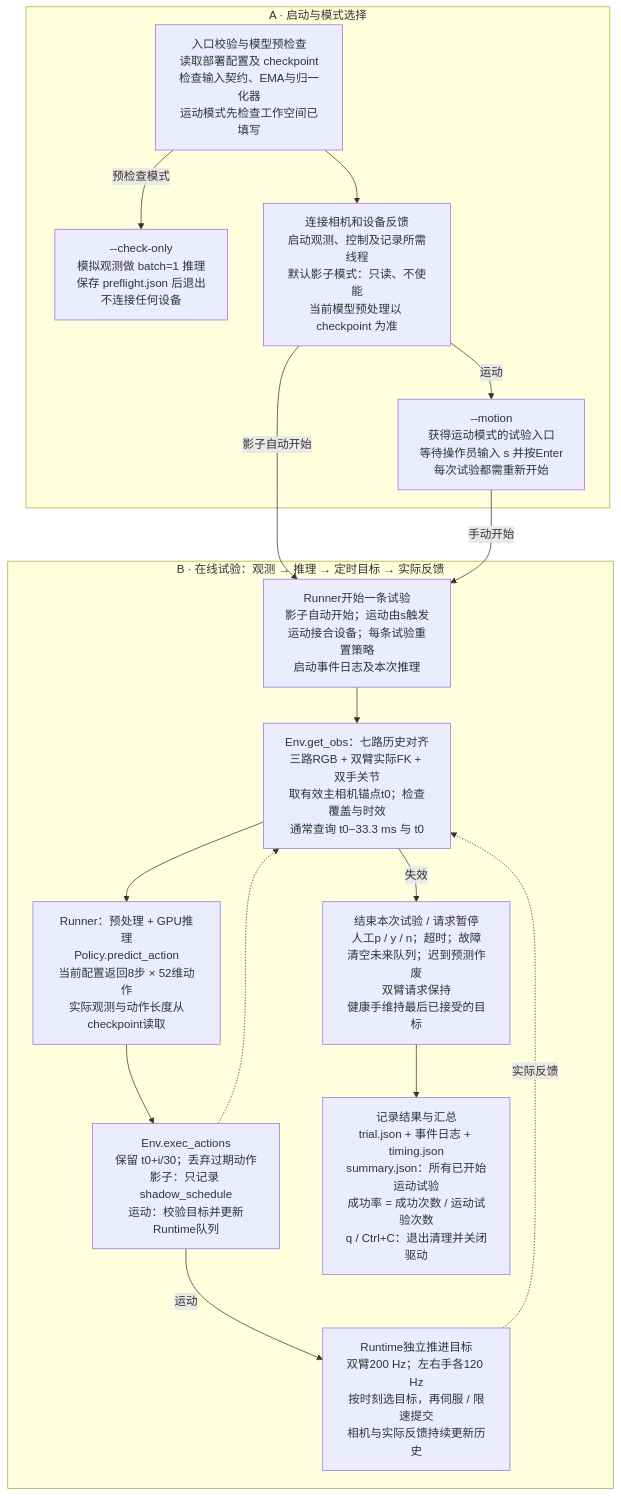
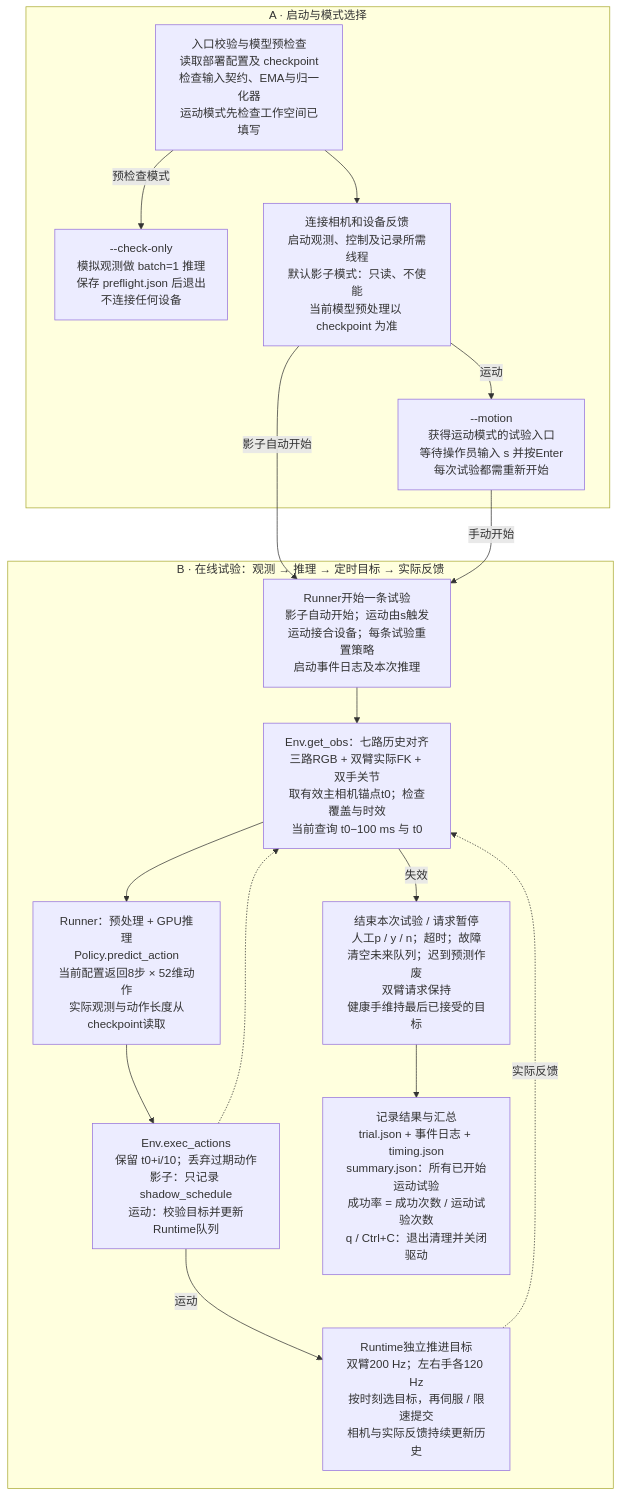
Before and after one commit to Wang-Yongsen/diffusion_policy: the diagram in docs/tianji-rail/real_eval_structure/02-flow.mmd, drawn with Mermaid. The commit also changed 23 other files, not shown here.

```diff
--- a/docs/tianji-rail/real_eval_structure/02-flow.mmd
+++ b/docs/tianji-rail/real_eval_structure/02-flow.mmd
@@ -1,30 +1,30 @@
 %% 节点、组件边界与PNG由同一份规格生成；PNG布局单独指定。
 flowchart TD
   subgraph startup["A · 启动与模式选择"]
     load["入口校验与模型预检查<br/>读取部署配置及 checkpoint<br/>检查输入契约、EMA与归一化器<br/>运动模式先检查工作空间已填写"]
     only["--check-only<br/>模拟观测做 batch=1 推理<br/>保存 preflight.json 后退出<br/>不连接任何设备"]
     connect["连接相机和设备反馈<br/>启动观测、控制及记录所需线程<br/>默认影子模式：只读、不使能<br/>当前模型预处理以 checkpoint 为准"]
     motion["--motion<br/>获得运动模式的试验入口<br/>等待操作员输入 s 并按Enter<br/>每次试验都需重新开始"]
   end
   subgraph loop["B · 在线试验：观测 → 推理 → 定时目标 → 实际反馈"]
     begin["Runner开始一条试验<br/>影子自动开始；运动由s触发<br/>运动接合设备；每条试验重置策略<br/>启动事件日志及本次推理"]
-    observe["Env.get_obs：七路历史对齐<br/>三路RGB + 双臂实际FK + 双手关节<br/>取有效主相机锚点t0；检查覆盖与时效<br/>通常查询 t0−33.3 ms 与 t0"]
+    observe["Env.get_obs：七路历史对齐<br/>三路RGB + 双臂实际FK + 双手关节<br/>取有效主相机锚点t0；检查覆盖与时效<br/>当前查询 t0−100 ms 与 t0"]
     predict["Runner：预处理 + GPU推理<br/>Policy.predict_action<br/>当前配置返回8步 × 52维动作<br/>实际观测与动作长度从checkpoint读取"]
-    schedule["Env.exec_actions<br/>保留 t0+i/30；丢弃过期动作<br/>影子：只记录 shadow_schedule<br/>运动：校验目标并更新Runtime队列"]
+    schedule["Env.exec_actions<br/>保留 t0+i/10；丢弃过期动作<br/>影子：只记录 shadow_schedule<br/>运动：校验目标并更新Runtime队列"]
     control["Runtime独立推进目标<br/>双臂200 Hz；左右手各120 Hz<br/>按时刻选目标，再伺服 / 限速提交<br/>相机与实际反馈持续更新历史"]
     stop["结束本次试验 / 请求暂停<br/>人工p / y / n；超时；故障<br/>清空未来队列；迟到预测作废<br/>双臂请求保持<br/>健康手维持最后已接受的目标"]
     save["记录结果与汇总<br/>trial.json + 事件日志 + timing.json<br/>summary.json：所有已开始运动试验<br/>成功率 = 成功次数 / 运动试验次数<br/>q / Ctrl+C：退出清理并关闭驱动"]
   end
   load -->|"预检查模式"| only
   load --> connect
   connect -->|"运动"| motion
   connect -->|"影子自动开始"| begin
   motion -->|"手动开始"| begin
   begin --> observe
   observe --> predict
   predict --> schedule
   schedule -->|"运动"| control
   control -.->|"实际反馈"| observe
   schedule -.-> observe
   observe -->|"失效"| stop
   stop --> save
```
